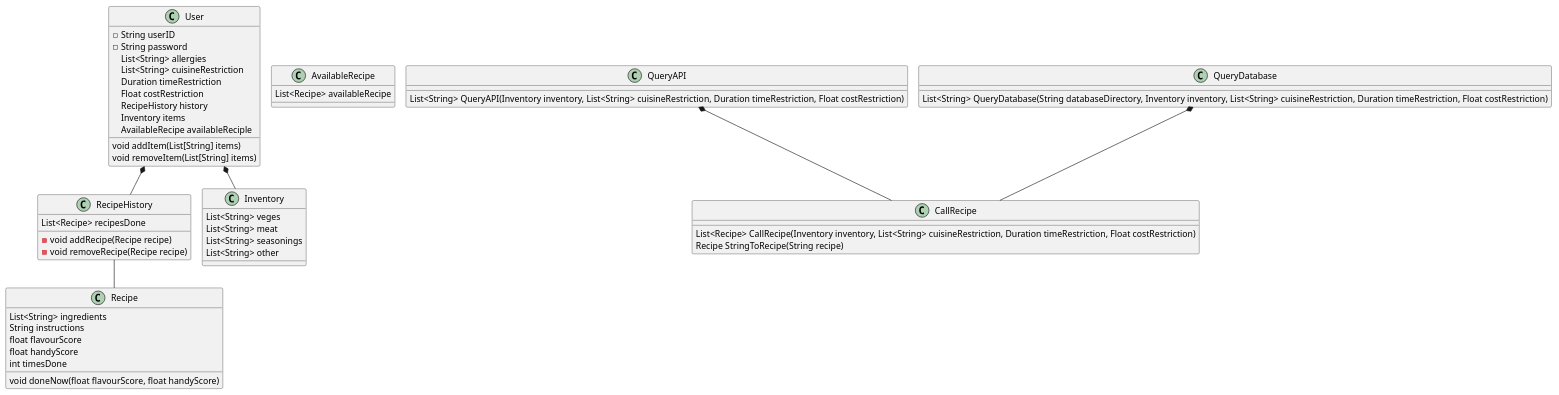
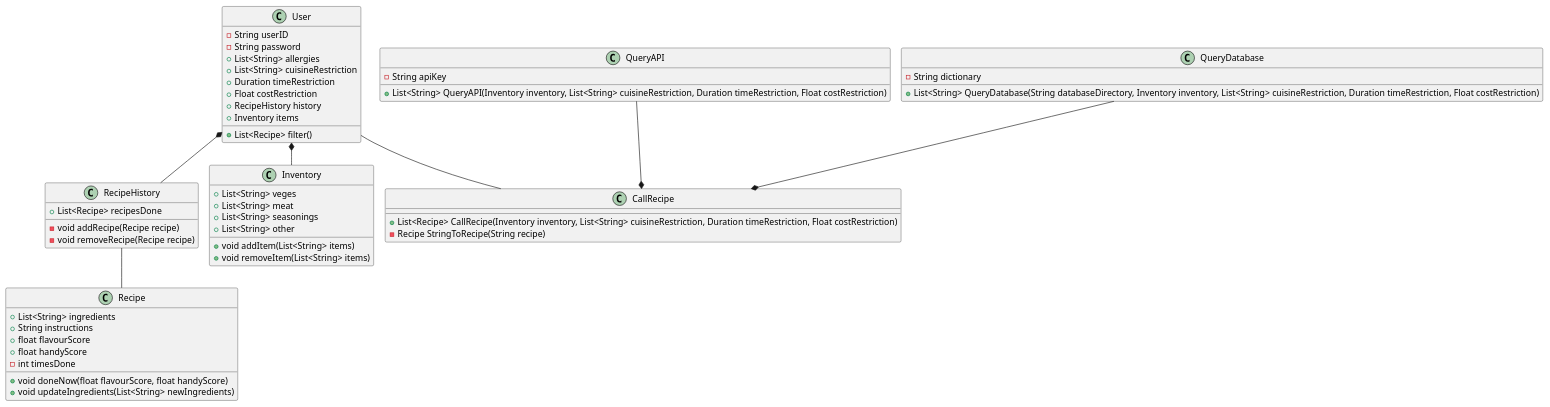
Before and after one commit to JohnZHANGFZ/207_group_project: the diagram in Project UML.puml, drawn with PlantUML.

Commit message:
update relationship & visibility

```diff
--- a/Project UML.puml
+++ b/Project UML.puml
@@ -1,66 +1,70 @@
 @startuml
 !pragma layout smetana
 'https://plantuml.com/sequence-diagram
 
 class User {
 -String userID
 -String password
-List<String> allergies
-List<String> cuisineRestriction
-Duration timeRestriction
-Float costRestriction
-RecipeHistory history
-Inventory items
-AvailableRecipe availableReciple
++List<String> allergies
++List<String> cuisineRestriction
++Duration timeRestriction
++Float costRestriction
++RecipeHistory history
++Inventory items
 
-void addItem(List[String] items)
-void removeItem(List[String] items)
++List<Recipe> filter()
 }
 
 class RecipeHistory{
-List<Recipe> recipesDone
++List<Recipe> recipesDone
+
 -void addRecipe(Recipe recipe)
 -void removeRecipe(Recipe recipe)
 }
 
 class Recipe{
-List<String> ingredients
-String instructions
-float flavourScore
-float handyScore
-int timesDone
-void doneNow(float flavourScore, float handyScore)
++List<String> ingredients
++String instructions
++float flavourScore
++float handyScore
+-int timesDone
+
++void doneNow(float flavourScore, float handyScore)
++void updateIngredients(List<String> newIngredients)
 }
 
 class Inventory {
-List<String> veges
-List<String> meat
-List<String> seasonings
-List<String> other
++List<String> veges
++List<String> meat
++List<String> seasonings
++List<String> other
+
++void addItem(List<String> items)
++void removeItem(List<String> items)
 }
 
-class AvailableRecipe {
-List<Recipe> availableRecipe
-}
+
 
 class CallRecipe {
-List<Recipe> CallRecipe(Inventory inventory, List<String> cuisineRestriction, Duration timeRestriction, Float costRestriction)
-Recipe StringToRecipe(String recipe)
++List<Recipe> CallRecipe(Inventory inventory, List<String> cuisineRestriction, Duration timeRestriction, Float costRestriction)
+-Recipe StringToRecipe(String recipe)
 }
 
 class QueryAPI {
-List<String> QueryAPI(Inventory inventory, List<String> cuisineRestriction, Duration timeRestriction, Float costRestriction)
+-String apiKey
++List<String> QueryAPI(Inventory inventory, List<String> cuisineRestriction, Duration timeRestriction, Float costRestriction)
 }
 
 class QueryDatabase {
- List<String> QueryDatabase(String databaseDirectory, Inventory inventory, List<String> cuisineRestriction, Duration timeRestriction, Float costRestriction)
-
+-String dictionary
++List<String> QueryDatabase(String databaseDirectory, Inventory inventory, List<String> cuisineRestriction, Duration timeRestriction, Float costRestriction)
 }
 
 RecipeHistory -- Recipe
 User *-- Inventory
 User *-- RecipeHistory
-QueryAPI *-- CallRecipe
-QueryDatabase *-- CallRecipe
+QueryAPI --* CallRecipe
+QueryDatabase --* CallRecipe
+User -- CallRecipe
 
 @enduml
```
